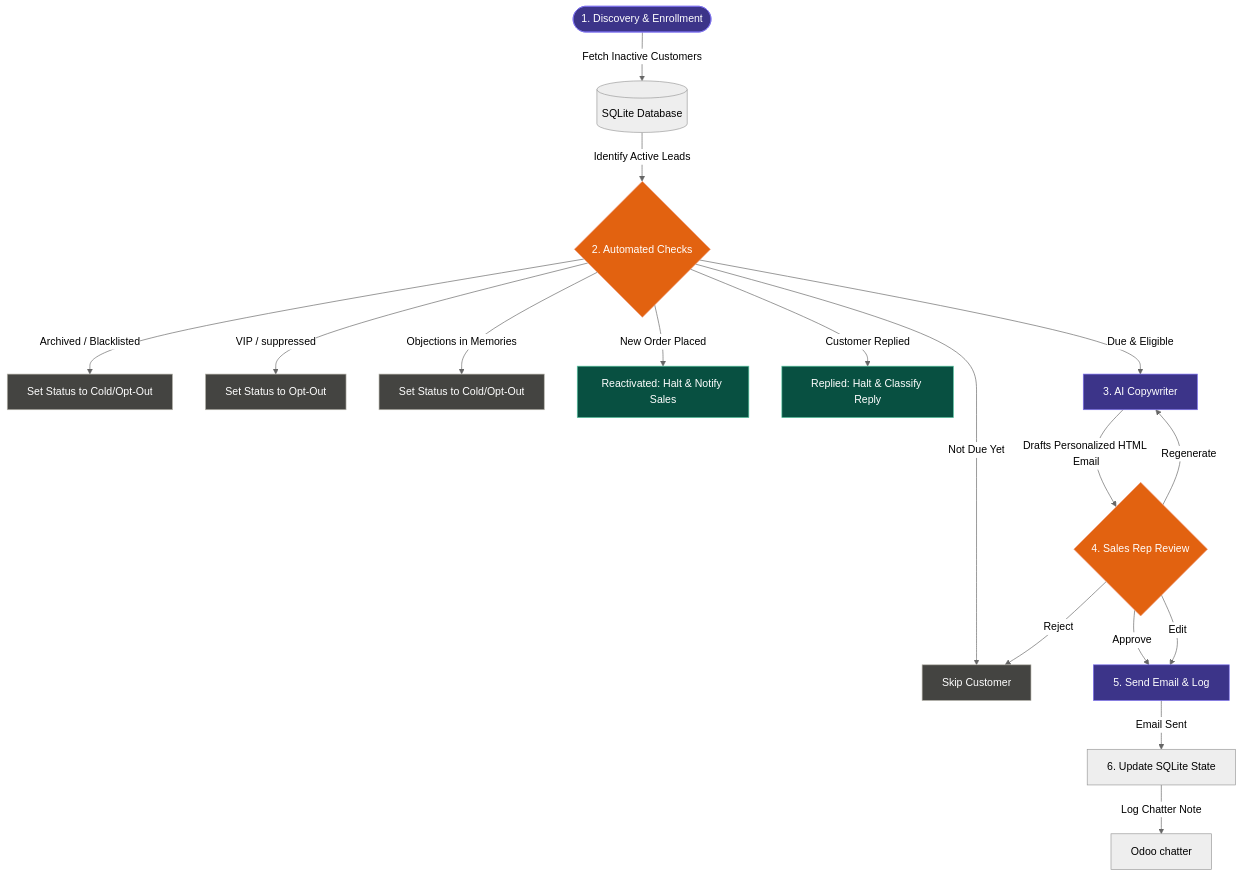
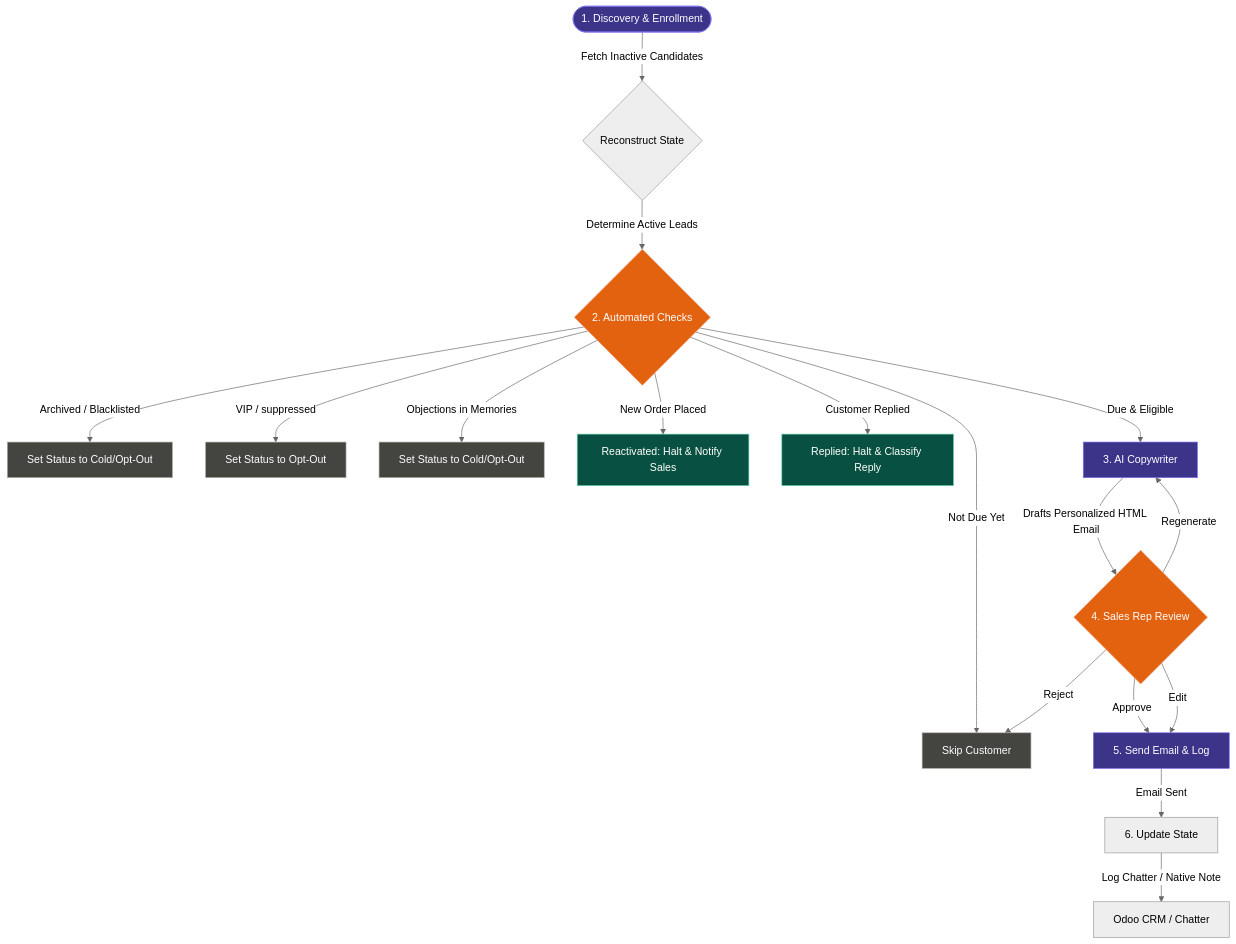
Before and after one commit to masabjatoi/odoo-winback-campaign-agent: the diagram in architecture_guide.md, drawn with Mermaid (neutral theme). The commit also changed other lines of this file and 5 other files, not shown here.

````diff
--- a/architecture_guide.md
+++ b/architecture_guide.md
@@ -9,37 +9,37 @@
 ```mermaid
 graph TD
     %% Discovery Phase
-    Start([1. Discovery & Enrollment]) --> |Fetch Inactive Customers| SQLiteDB[(SQLite Database)]
-    SQLiteDB --> |Identify Active Leads| Constraints{2. Automated Checks}
+    Start([1. Discovery & Enrollment]) --> |Fetch Inactive Candidates| Candidates{Reconstruct State}
+    Candidates --> |Determine Active Leads| Constraints{2. Automated Checks}
 
     %% Automated Checks Phase
     Constraints -->|Not Due Yet| Skip[Skip Customer]
     Constraints -->|Archived / Blacklisted| HaltCold[Set Status to Cold/Opt-Out]
     Constraints -->|VIP / suppressed| HaltSuppressed[Set Status to Opt-Out]
     Constraints -->|Objections in Memories| HaltMemory[Set Status to Cold/Opt-Out]
     Constraints -->|New Order Placed| Reactivated[Reactivated: Halt & Notify Sales]
     Constraints -->|Customer Replied| Reply[Replied: Halt & Classify Reply]
     Constraints -->|Due & Eligible| AICopywriter[3. AI Copywriter]
 
     %% AI & HIL Approval Phase
     AICopywriter --> |Drafts Personalized HTML Email| HIL{4. Sales Rep Review}
     HIL -->|Approve| SendEmail[5. Send Email & Log]
     HIL -->|Edit| SendEmail
     HIL -->|Regenerate| AICopywriter
     HIL -->|Reject| Skip
 
     %% Sending & Output Phase
-    SendEmail --> |Email Sent| UpdateState[6. Update SQLite State]
-    UpdateState --> |Log Chatter Note| OdooChatter[Odoo chatter]
+    SendEmail --> |Email Sent| UpdateState[6. Update State]
+    UpdateState --> |Log Chatter / Native Note| OdooChatter[Odoo CRM / Chatter]
 
     %% Styles
     classDef main fill:#3c3489,stroke:#7b6fed,color:#fff;
     classDef check fill:#e26210,stroke:#f0997b,color:#fff;
     classDef success fill:#085041,stroke:#5dcaa5,color:#fff;
     classDef skipped fill:#444441,stroke:#b4b2a9,color:#fff;
     
     class Start,AICopywriter,SendEmail main;
     class Constraints,HIL check;
     class Reactivated,Reply success;
     class Skip,HaltCold,HaltSuppressed,HaltMemory skipped;
 ```
````
